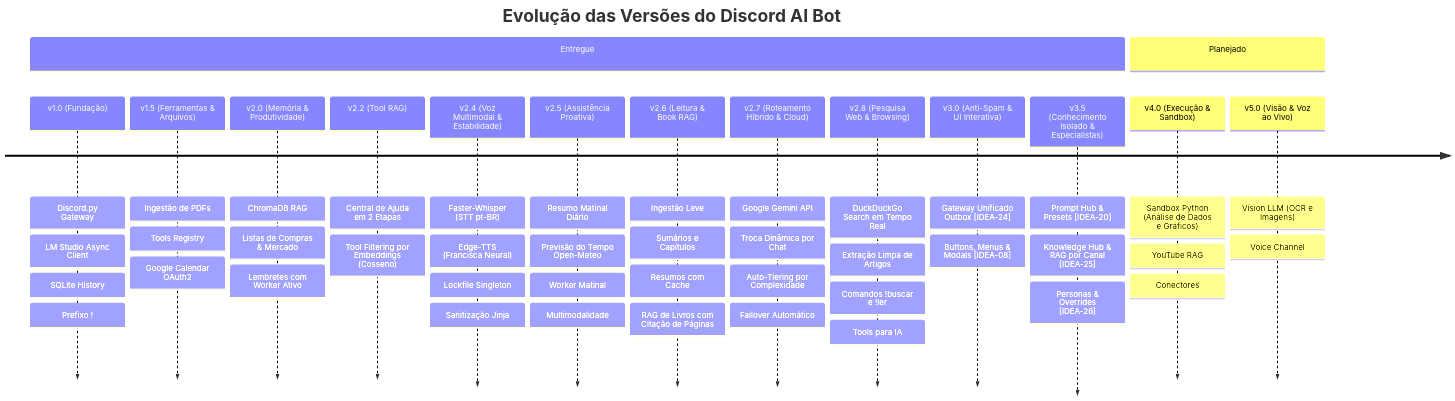
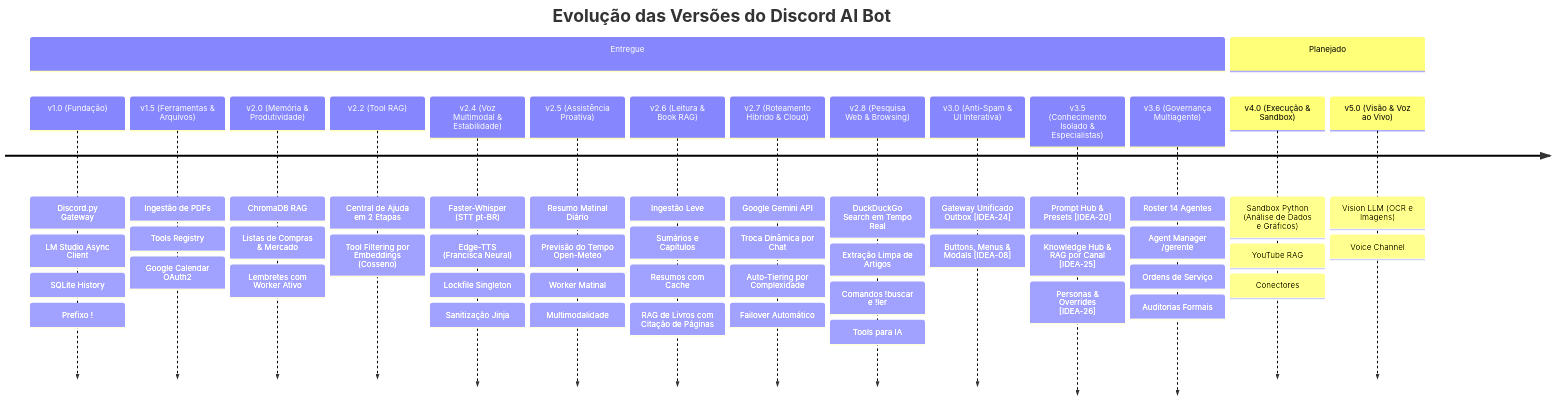
Before and after one commit to rseibtmodel/agentes_ufg: the diagram in discord/SPECs/ROADMAP.md, drawn with Mermaid. The commit also changed other lines of this file and 6 other files, not shown here.

````diff
--- a/discord/SPECs/ROADMAP.md
+++ b/discord/SPECs/ROADMAP.md
@@ -13,19 +13,20 @@
 ```mermaid
 timeline
     title Evolução das Versões do Discord AI Bot
     section Entregue
         v1.0 (Fundação) : Discord.py Gateway : LM Studio Async Client : SQLite History : Prefixo !
         v1.5 (Ferramentas & Arquivos) : Ingestão de PDFs : Tools Registry : Google Calendar OAuth2
         v2.0 (Memória & Produtividade) : ChromaDB RAG : Listas de Compras & Mercado : Lembretes com Worker Ativo
         v2.2 (Tool RAG) : Central de Ajuda em 2 Etapas : Tool Filtering por Embeddings (Cosseno)
         v2.4 (Voz Multimodal & Estabilidade) : Faster-Whisper (STT pt-BR) : Edge-TTS (Francisca Neural) : Lockfile Singleton : Sanitização Jinja
         v2.5 (Assistência Proativa) : Resumo Matinal Diário : Previsão do Tempo Open-Meteo : Worker Matinal : Multimodalidade
         v2.6 (Leitura & Book RAG) : Ingestão Leve : Sumários e Capítulos : Resumos com Cache : RAG de Livros com Citação de Páginas
         v2.7 (Roteamento Híbrido & Cloud) : Google Gemini API : Troca Dinâmica por Chat : Auto-Tiering por Complexidade : Failover Automático
         v2.8 (Pesquisa Web & Browsing) : DuckDuckGo Search em Tempo Real : Extração Limpa de Artigos : Comandos !buscar e !ler : Tools para IA
         v3.0 (Anti-Spam & UI Interativa) : Gateway Unificado Outbox [IDEA-24] : Buttons, Menus & Modals [IDEA-08]
         v3.5 (Conhecimento Isolado & Especialistas) : Prompt Hub & Presets [IDEA-20] : Knowledge Hub & RAG por Canal [IDEA-25] : Personas & Overrides [IDEA-26]
+        v3.6 (Governança Multiagente) : Roster 14 Agentes : Agent Manager /gerente : Ordens de Serviço : Auditorias Formais
     section Planejado
         v4.0 (Execução & Sandbox) : Sandbox Python (Análise de Dados e Gráficos) : YouTube RAG : Conectores
         v5.0 (Visão & Voz ao Vivo) : Vision LLM (OCR e Imagens) : Voice Channel
 ```
````
